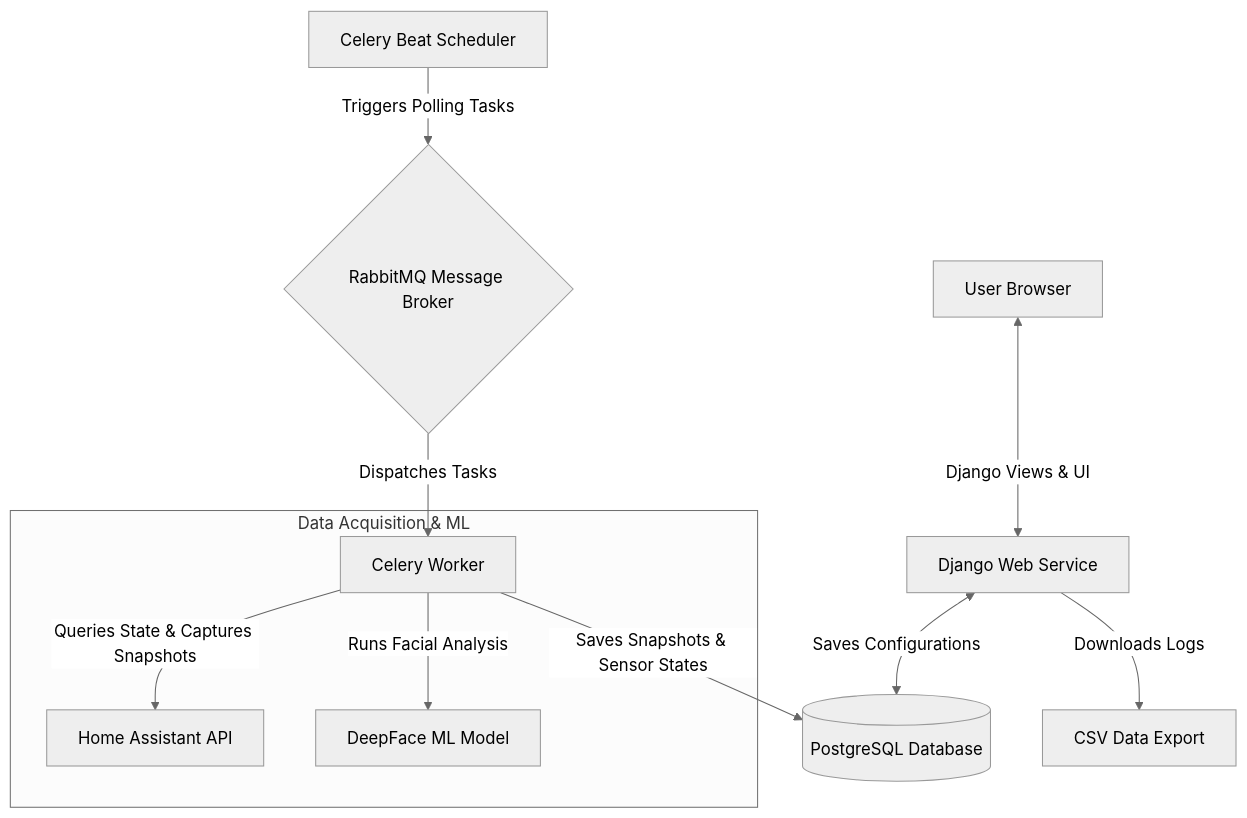
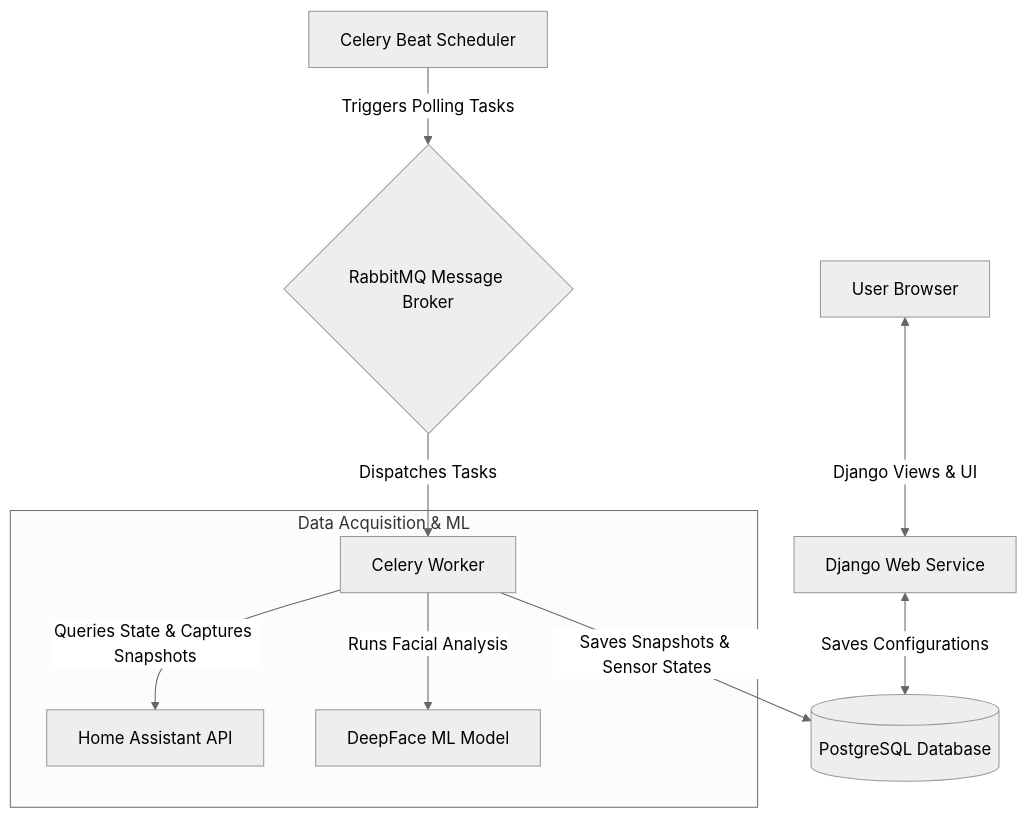
Before and after one commit to adrian-wozniak-wat/shere: the diagram in readme.md, drawn with Mermaid (neutral theme). The commit also changed other lines of this file and 7 other files, not shown here.

````diff
--- a/readme.md
+++ b/readme.md
@@ -24,15 +24,14 @@
 ```mermaid
 graph TD
     User[User Browser] <-->|Django Views & UI| Web[Django Web Service]
     Web <-->|Saves Configurations| DB[(PostgreSQL Database)]
     CeleryBeat[Celery Beat Scheduler] -->|Triggers Polling Tasks| RabbitMQ{RabbitMQ Message Broker}
     RabbitMQ -->|Dispatches Tasks| CeleryWorker[Celery Worker]
     
     subgraph Data Acquisition & ML
         CeleryWorker -->|Queries State & Captures Snapshots| HA[Home Assistant API]
         CeleryWorker -->|Runs Facial Analysis| DeepFace[DeepFace ML Model]
     end
     
     CeleryWorker -->|Saves Snapshots & Sensor States| DB
-    Web -->|Downloads Logs| CSV[CSV Data Export]
 ```
````
